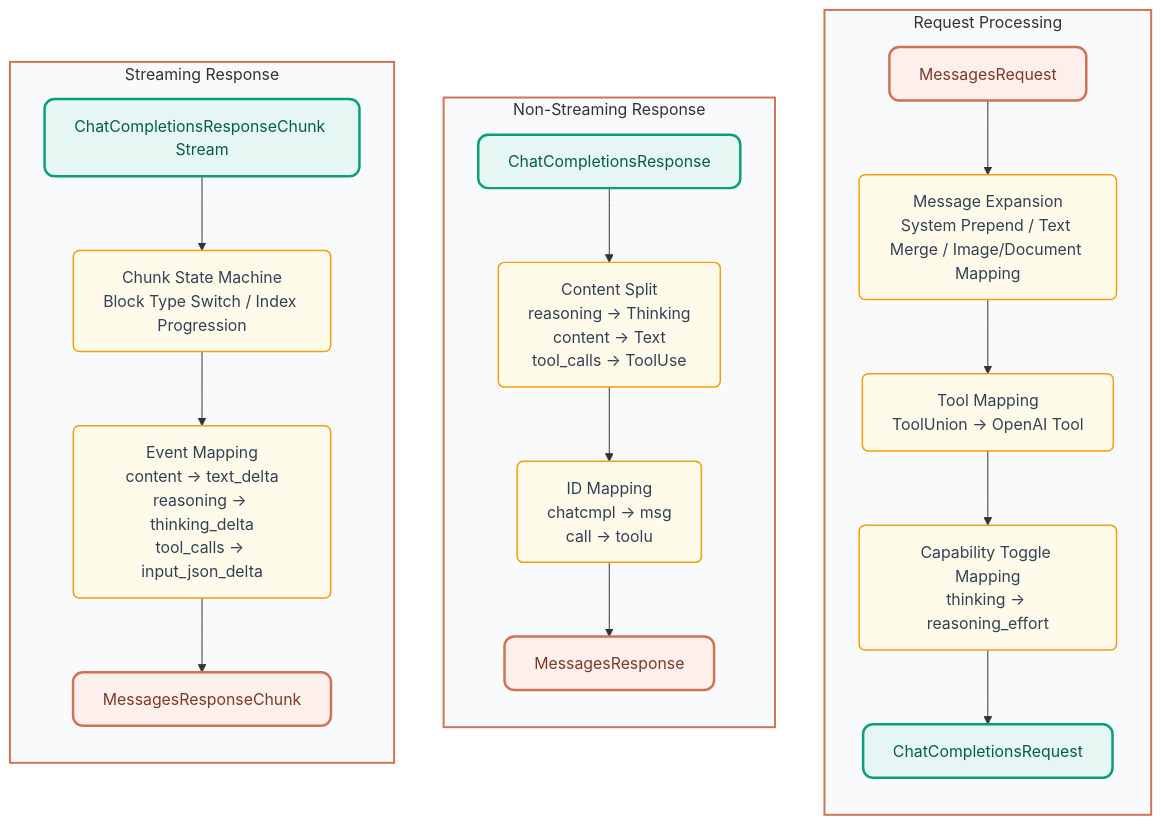
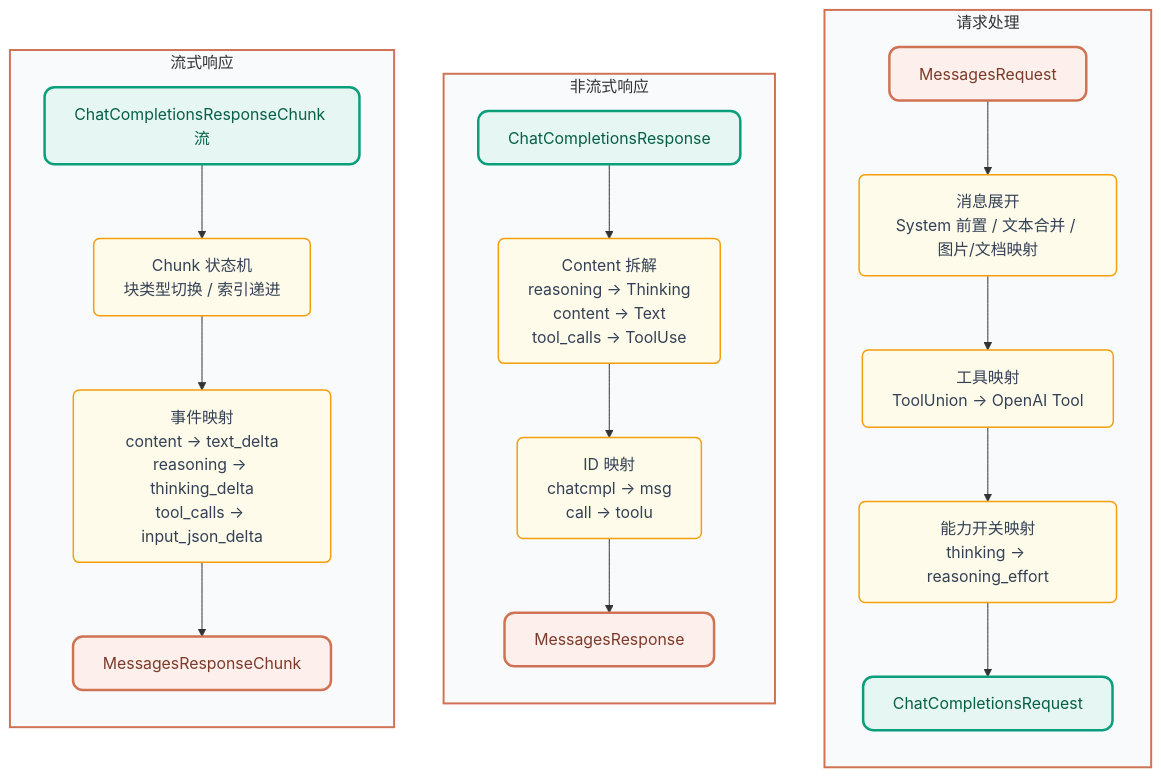
Before and after one commit to mssiasco/ds-free-api: the third of 3 diagrams in README.md, drawn with Mermaid. The commit also changed other lines of this file and 49 other files, not shown here.

````diff
--- a/README.md
+++ b/README.md
@@ -297,40 +298,40 @@
 ```mermaid
 flowchart TB
-    %% ===== Theme definitions =====
+    %% ===== 主题定义 =====
     classDef oai fill:#e6f7f3,stroke:#0a9e7b,stroke-width:2.5px,color:#065f46,rx:10,ry:10
     classDef anth fill:#fdf0ec,stroke:#d07354,stroke-width:2.5px,color:#7c3a2a,rx:10,ry:10
     classDef step fill:#fffbeb,stroke:#f59e0b,stroke-width:1.5px,color:#334155,rx:6,ry:6
 
-    subgraph RQ ["Request Processing"]
+    subgraph RQ ["请求处理"]
         direction TB
         Q1["MessagesRequest"]:::anth
-        Q2["Message Expansion<br/>System Prepend / Text Merge / Image/Document Mapping"]:::step
-        Q3["Tool Mapping<br/>ToolUnion → OpenAI Tool"]:::step
-        Q4["Capability Toggle Mapping<br/>thinking → reasoning_effort"]:::step
+        Q2["消息展开<br/>System 前置 / 文本合并 / 图片/文档映射"]:::step
+        Q3["工具映射<br/>ToolUnion → OpenAI Tool"]:::step
+        Q4["能力开关映射<br/>thinking → reasoning_effort"]:::step
         Q5["ChatCompletionsRequest"]:::oai
     end
 
-    subgraph RS3 ["Non-Streaming Response"]
+    subgraph RS3 ["非流式响应"]
         direction TB
         AR1["ChatCompletionsResponse"]:::oai
-        AR2["Content Split<br/>reasoning → Thinking<br/>content → Text<br/>tool_calls → ToolUse"]:::step
-        AR3["ID Mapping<br/>chatcmpl → msg<br/>call → toolu"]:::step
+        AR2["Content 拆解<br/>reasoning → Thinking<br/>content → Text<br/>tool_calls → ToolUse"]:::step
+        AR3["ID 映射<br/>chatcmpl → msg<br/>call → toolu"]:::step
         AR4["MessagesResponse"]:::anth
     end
 
-    subgraph RS4 ["Streaming Response"]
+    subgraph RS4 ["流式响应"]
         direction TB
-        AS1["ChatCompletionsResponseChunk Stream"]:::oai
-        AS2["Chunk State Machine<br/>Block Type Switch / Index Progression"]:::step
-        AS3["Event Mapping<br/>content → text_delta<br/>reasoning → thinking_delta<br/>tool_calls → input_json_delta"]:::step
+        AS1["ChatCompletionsResponseChunk 流"]:::oai
+        AS2["Chunk 状态机<br/>块类型切换 / 索引递进"]:::step
+        AS3["事件映射<br/>content → text_delta<br/>reasoning → thinking_delta<br/>tool_calls → input_json_delta"]:::step
         AS4["MessagesResponseChunk"]:::anth
     end
 
     Q1 --> Q2 --> Q3 --> Q4 --> Q5
     AR1 --> AR2 --> AR3 --> AR4
     AS1 --> AS2 --> AS3 --> AS4
 
     style RQ fill:#f8fafc,stroke:#d07354,stroke-width:2px
     style RS3 fill:#f8fafc,stroke:#d07354,stroke-width:2px
     style RS4 fill:#f8fafc,stroke:#d07354,stroke-width:2px
 ```
````
